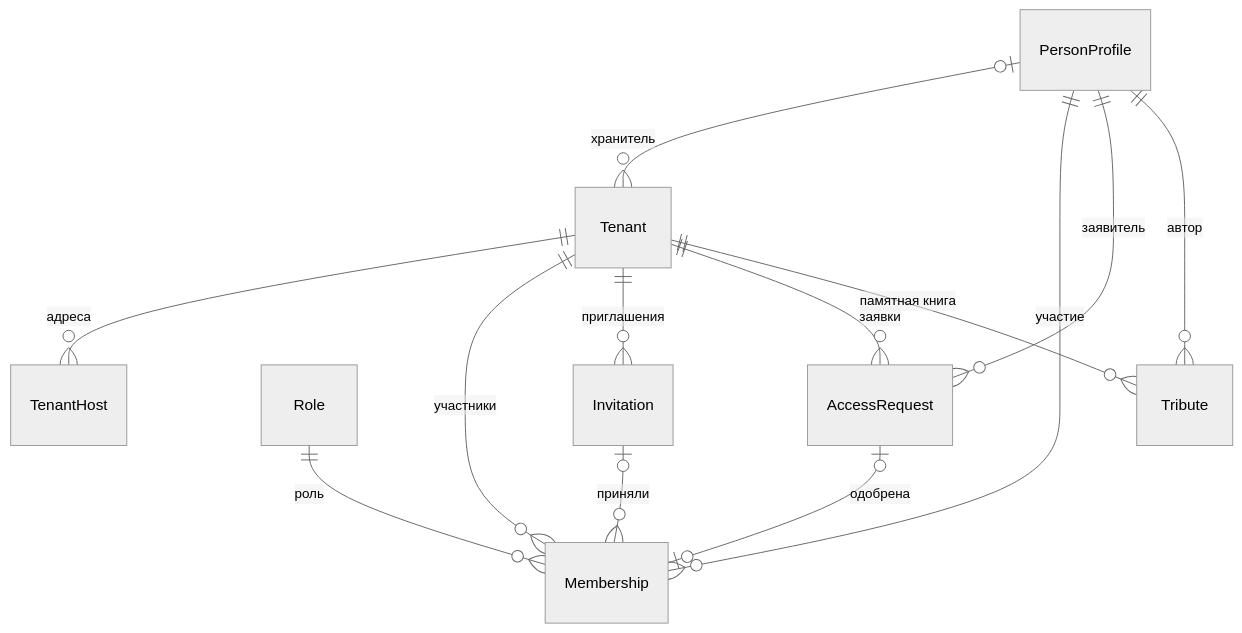
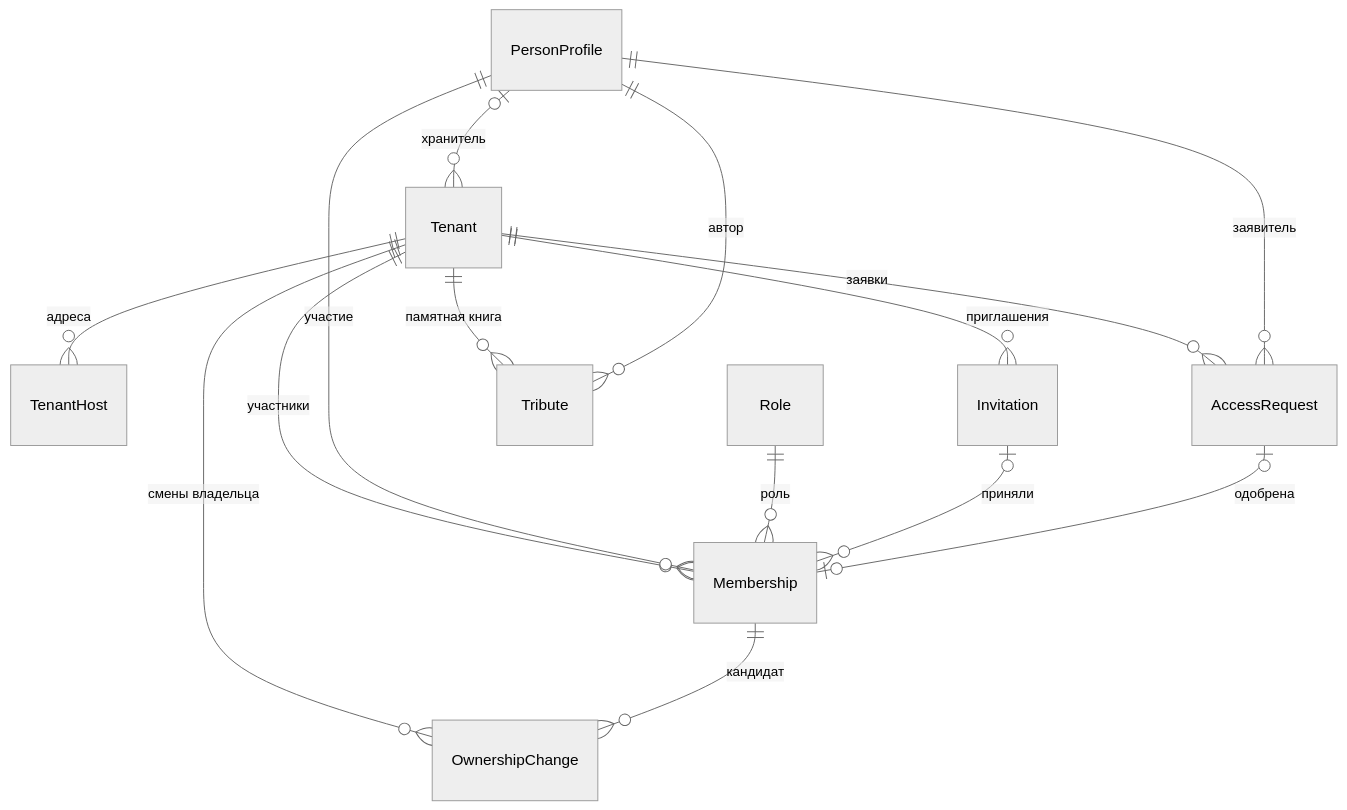
Before and after one commit to KiraKhvan/memory_docs: the third of 4 diagrams in domain_model/Access.md, drawn with Mermaid (neutral theme). The commit also changed other lines of this file and 3 other files, not shown here.

Commit message:
Access decisions: 73 ownership change, 74 security journal; tables in schema sections 6 and 7

````diff
--- a/domain_model/Access.md
+++ b/domain_model/Access.md
@@ -48,15 +48,17 @@
 ```mermaid
 erDiagram
     Tenant ||--o{ TenantHost : "адреса"
     PersonProfile |o--o{ Tenant : "хранитель"
     Tenant ||--o{ Membership : "участники"
     PersonProfile ||--o{ Membership : "участие"
     Role ||--o{ Membership : "роль"
     Tenant ||--o{ Invitation : "приглашения"
     Invitation |o--o{ Membership : "приняли"
     Tenant ||--o{ AccessRequest : "заявки"
     PersonProfile ||--o{ AccessRequest : "заявитель"
     AccessRequest |o--o| Membership : "одобрена"
+    Tenant ||--o{ OwnershipChange : "смены владельца"
+    Membership ||--o{ OwnershipChange : "кандидат"
     Tenant ||--o{ Tribute : "памятная книга"
     PersonProfile ||--o{ Tribute : "автор"
 ```
````
